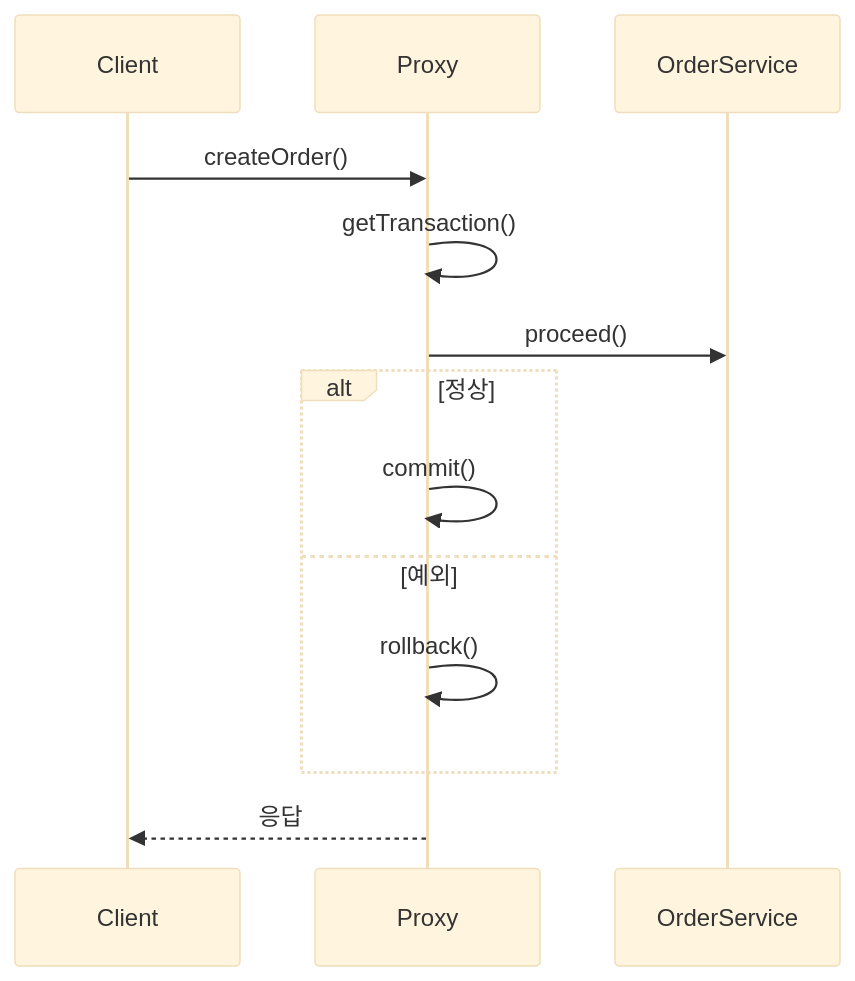
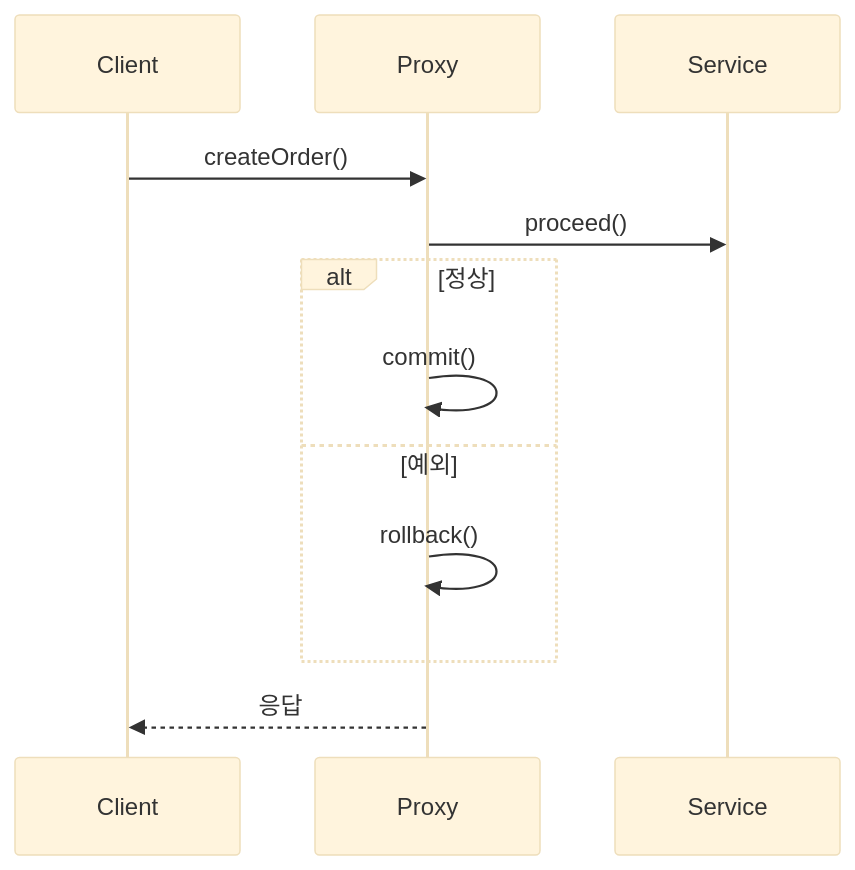
One commit to yjkim2015/yjkim2015.github.io changed the third of 5 diagrams in _posts/spring/2026-05-01-spring-aop.md. Above: the diagram before and after it, drawn with Mermaid (base theme). The commit also changed other lines of this file and 155 other files, not shown here.

First line of the commit message:
Mermaid 전면 수정: subgraph 제거, participant/노드/줄수 축소 (342블록)

````diff
--- a/_posts/spring/2026-05-01-spring-aop.md
+++ b/_posts/spring/2026-05-01-spring-aop.md
@@ -355,15 +355,14 @@
 ```mermaid
 sequenceDiagram
     participant C as Client
     participant P as Proxy
-    participant S as OrderService
+    participant S as Service
     C->>P: createOrder()
-    P->>P: getTransaction()
     P->>S: proceed()
     alt 정상
         P->>P: commit()
     else 예외
         P->>P: rollback()
     end
     P-->>C: 응답
 ```
````
